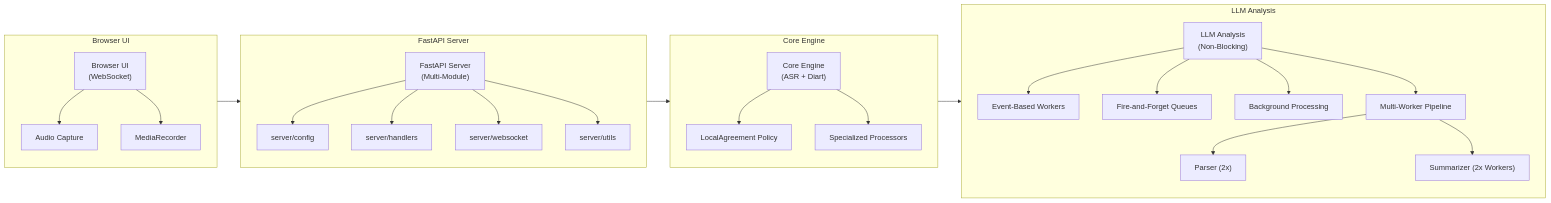
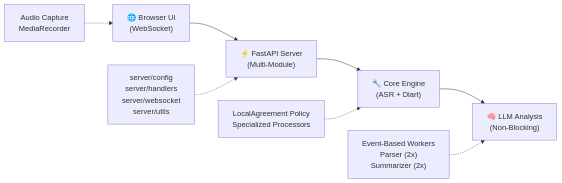
The diagram in README.md (teron131/AudioInsight), drawn with Mermaid before and after one commit.

Commit message:
Test readme mermaid

````diff
--- a/README.md
+++ b/README.md
@@ -47,55 +47,11 @@
 ```mermaid
-graph LR
-  UI["Browser UI<br/>(WebSocket)"]
-  Server["FastAPI Server<br/>(Multi-Module)"]
-  Core["Core Engine<br/>(ASR + Diart)"]
-  LLM["LLM Analysis<br/>(Non-Blocking)"]
-
-  UI --> Server
-  Server --> Core
-  Core --> LLM
-
-  subgraph Browser_UI [Browser UI]
-    direction TB
-    UI_Capture["Audio Capture"]
-    UI_MediaRecorder["MediaRecorder"]
-    UI --> UI_Capture
-    UI --> UI_MediaRecorder
-  end
-
-  subgraph FastAPI_Server [FastAPI Server]
-    direction TB
-    SC["server/config"]
-    SH["server/handlers"]
-    SW["server/websocket"]
-    SU["server/utils"]
-    Server --> SC
-    Server --> SH
-    Server --> SW
-    Server --> SU
-  end
-
-  subgraph Core_Engine [Core Engine]
-    direction TB
-    LAP["LocalAgreement Policy"]
-    SP["Specialized Processors"]
-    Core --> LAP
-    Core --> SP
-  end
-
-  subgraph LLM_Analysis [LLM Analysis]
-    direction TB
-    EBW["Event-Based Workers"]
-    FFQ["Fire-and-Forget Queues"]
-    BP["Background Processing"]
-    MWP["Multi-Worker Pipeline"]
-    Parser["Parser (2x)"]
-    Summarizer["Summarizer (2x Workers)"]
-    LLM --> EBW
-    LLM --> FFQ
-    LLM --> BP
-    LLM --> MWP
-    MWP --> Parser
-    MWP --> Summarizer
-  end
+flowchart LR
+    A["🌐 Browser UI<br/>(WebSocket)"] --> B["⚡ FastAPI Server<br/>(Multi-Module)"]
+    B --> C["🔧 Core Engine<br/>(ASR + Diart)"]  
+    C --> D["🧠 LLM Analysis<br/>(Non-Blocking)"]
+    
+    A1["Audio Capture<br/>MediaRecorder"] -.-> A
+    B1["server/config<br/>server/handlers<br/>server/websocket<br/>server/utils"] -.-> B
+    C1["LocalAgreement Policy<br/>Specialized Processors"] -.-> C
+    D1["Event-Based Workers<br/>Parser (2x)<br/>Summarizer (2x)"] -.-> D
 ```
````
